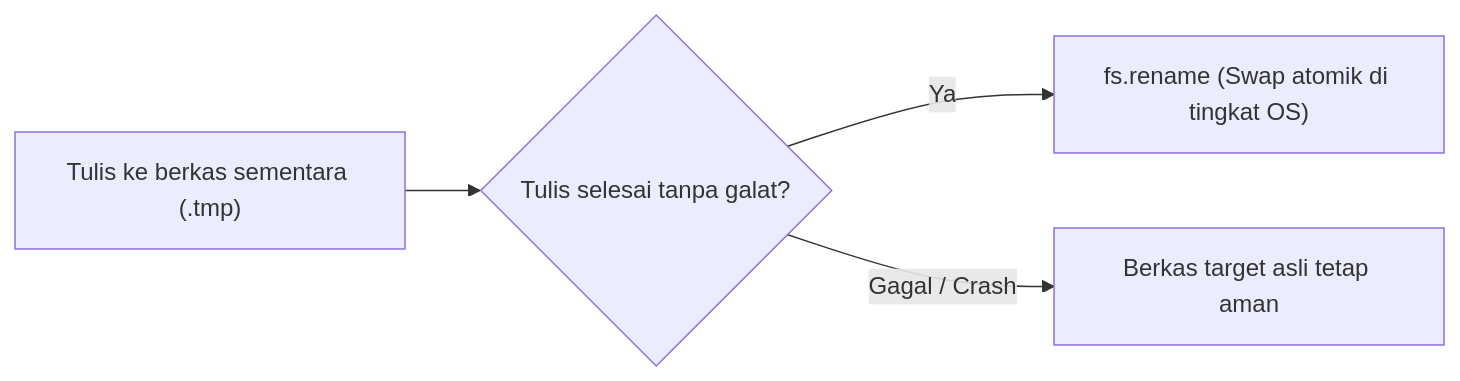
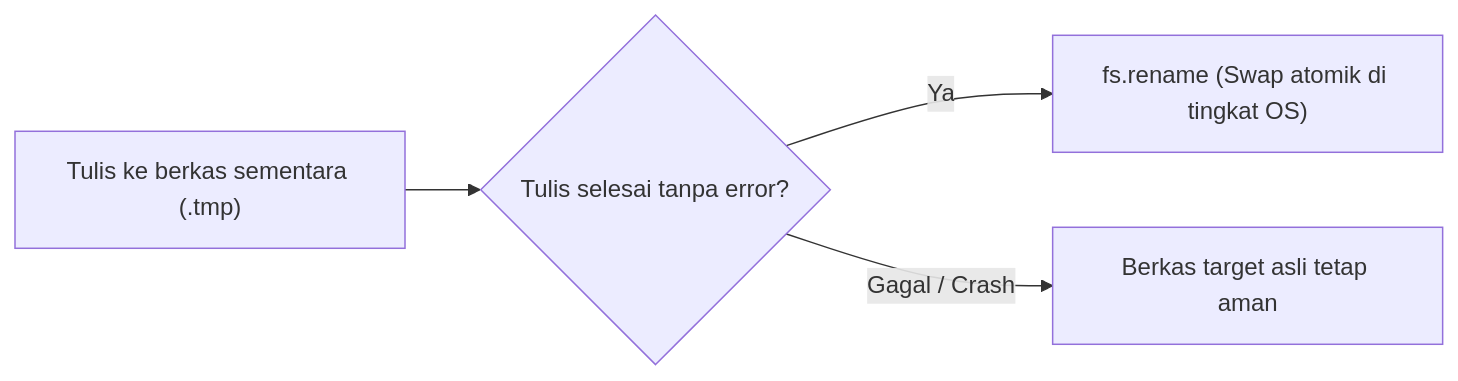
One commit to san4byte/nodejs-handbook changed the diagram in 01-core-modules/07-file-system/README.md. Above: the diagram before and after it, drawn with Mermaid. The commit also changed other lines of this file and 64 other files, not shown here.

````diff
--- a/01-core-modules/07-file-system/README.md
+++ b/01-core-modules/07-file-system/README.md
@@ -24,6 +27,6 @@
 ```mermaid
 flowchart LR
-    A["Tulis ke berkas sementara (.tmp)"] --> B{"Tulis selesai tanpa galat?"}
+    A["Tulis ke berkas sementara (.tmp)"] --> B{"Tulis selesai tanpa error?"}
     B -- Ya --> C["fs.rename (Swap atomik di tingkat OS)"]
     B -- Gagal / Crash --> D["Berkas target asli tetap aman"]
 ```
````
